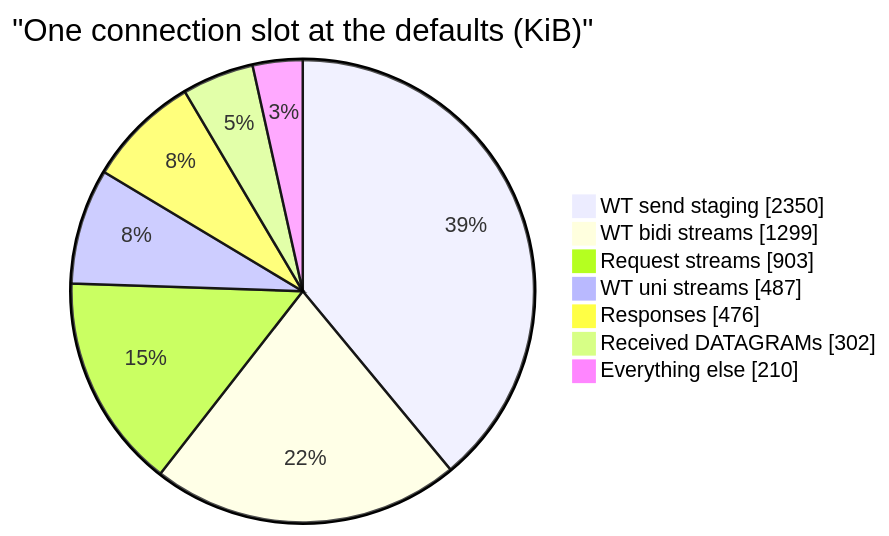
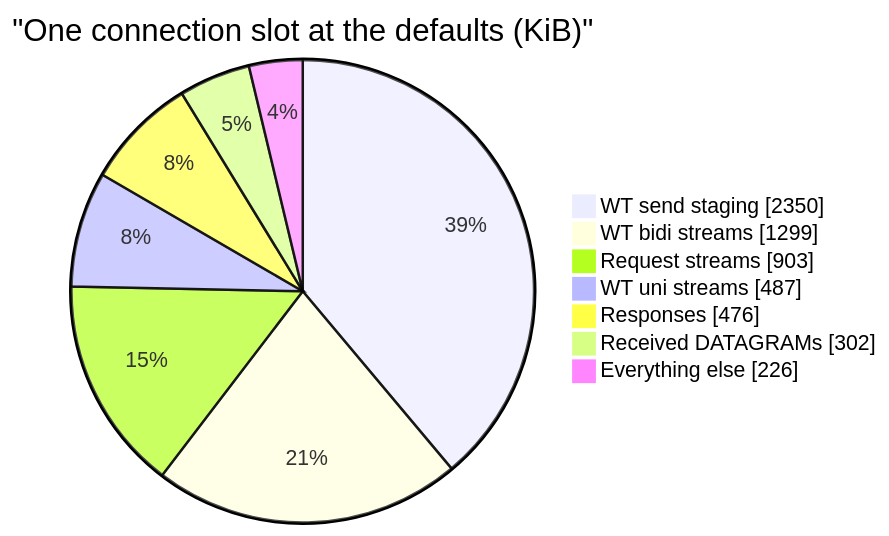
Before and after one commit to Hakkadaikon/wired: the second of 9 diagrams in docs/arch/memory.md, drawn with Mermaid. The commit also changed other lines of this file and 64 other files, not shown here.

````diff
--- a/docs/arch/memory.md
+++ b/docs/arch/memory.md
@@ -73,11 +73,11 @@
 ```mermaid
 pie showData
     title "One connection slot at the defaults (KiB)"
     "WT send staging" : 2350
     "WT bidi streams" : 1299
     "Request streams" : 903
     "WT uni streams" : 487
     "Responses" : 476
     "Received DATAGRAMs" : 302
-    "Everything else" : 210
+    "Everything else" : 226
 ```
````
